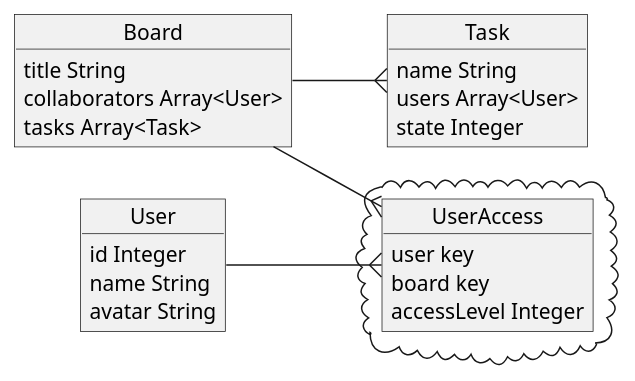
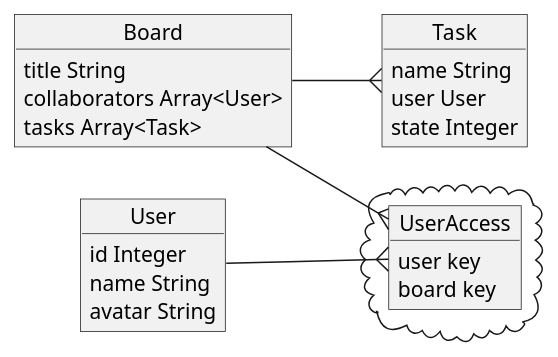
Before and after one commit to dawidchar/Whitehat-Kanban: the diagram in Design/Classes.plantuml, drawn with PlantUML. The commit also changed 6 other files, not shown here.

```diff
--- a/Design/Classes.plantuml
+++ b/Design/Classes.plantuml
@@ -1,32 +1,31 @@
 @startuml
 top to bottom direction
 left to right direction
 object Board {
     title String
     collaborators Array<User>
     tasks Array<Task>
 }
 object User {
     id Integer
     name String
     avatar String
 }
 cloud {
     object UserAccess {
         user key
         board key
-        accessLevel Integer
     }
 }
 object Task {
     name String
-    users Array<User>
+    user User
     state Integer
 }
 
 Board --{ UserAccess
 User --{ UserAccess
 Board --{ Task
 
 
 @enduml
```
